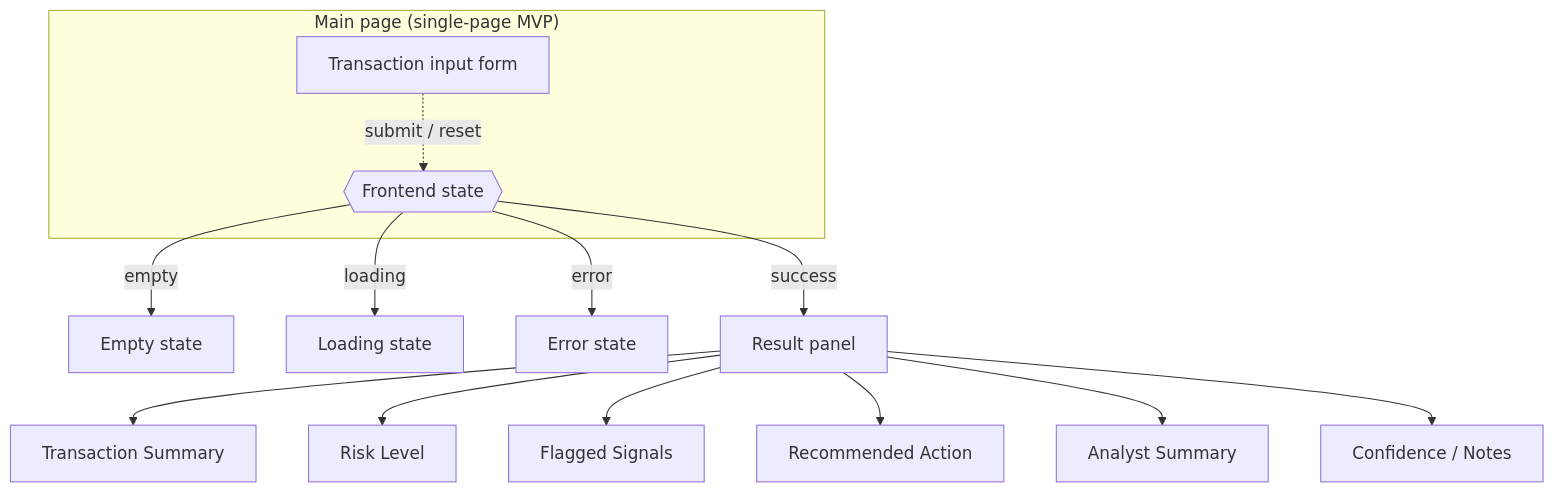
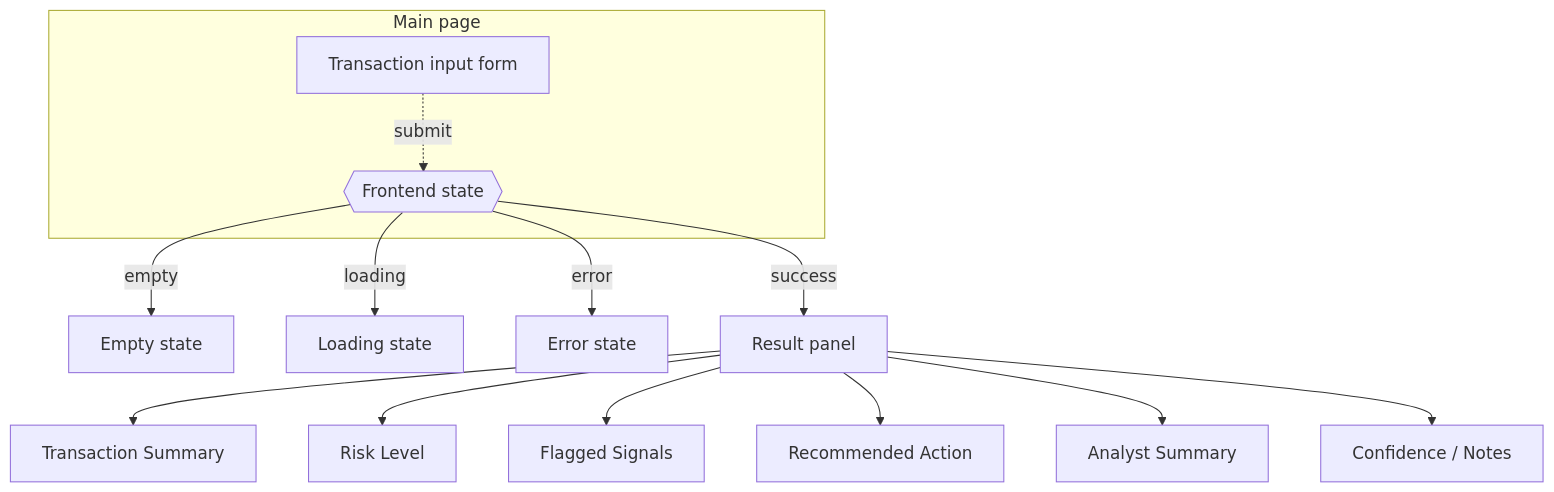
One commit to Volodymyr199606/payment-risk-reviewer changed the fifth of 6 diagrams in README.md. Above: the diagram before and after it, drawn with Mermaid. The commit also changed other lines of this file and 4 other files, not shown here.

First line of the commit message:
Add Reviewer Agent orchestration, docs, and README architecture

````diff
--- a/README.md
+++ b/README.md
@@ -110,21 +128,21 @@
 ```mermaid
 flowchart TB
-    subgraph Main["Main page (single-page MVP)"]
+    subgraph Main["Main page"]
         FORM[Transaction input form]
         ST{{Frontend state}}
     end
 
-    FORM -.->|submit / reset| ST
+    FORM -.->|submit| ST
 
     ST -->|empty| EMP[Empty state]
     ST -->|loading| LDG[Loading state]
     ST -->|error| ERR[Error state]
     ST -->|success| RP[Result panel]
 
     RP --> C1[Transaction Summary]
     RP --> C2[Risk Level]
     RP --> C3[Flagged Signals]
     RP --> C4[Recommended Action]
     RP --> C5[Analyst Summary]
     RP --> C6[Confidence / Notes]
 ```
````
